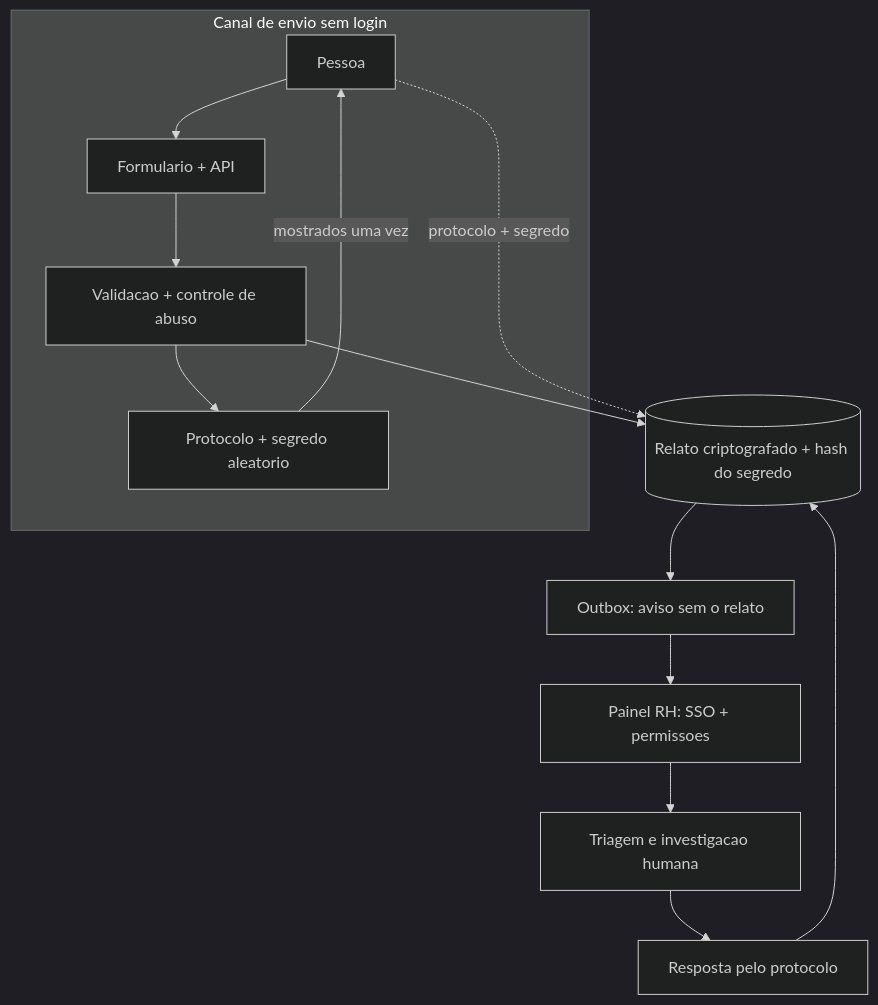
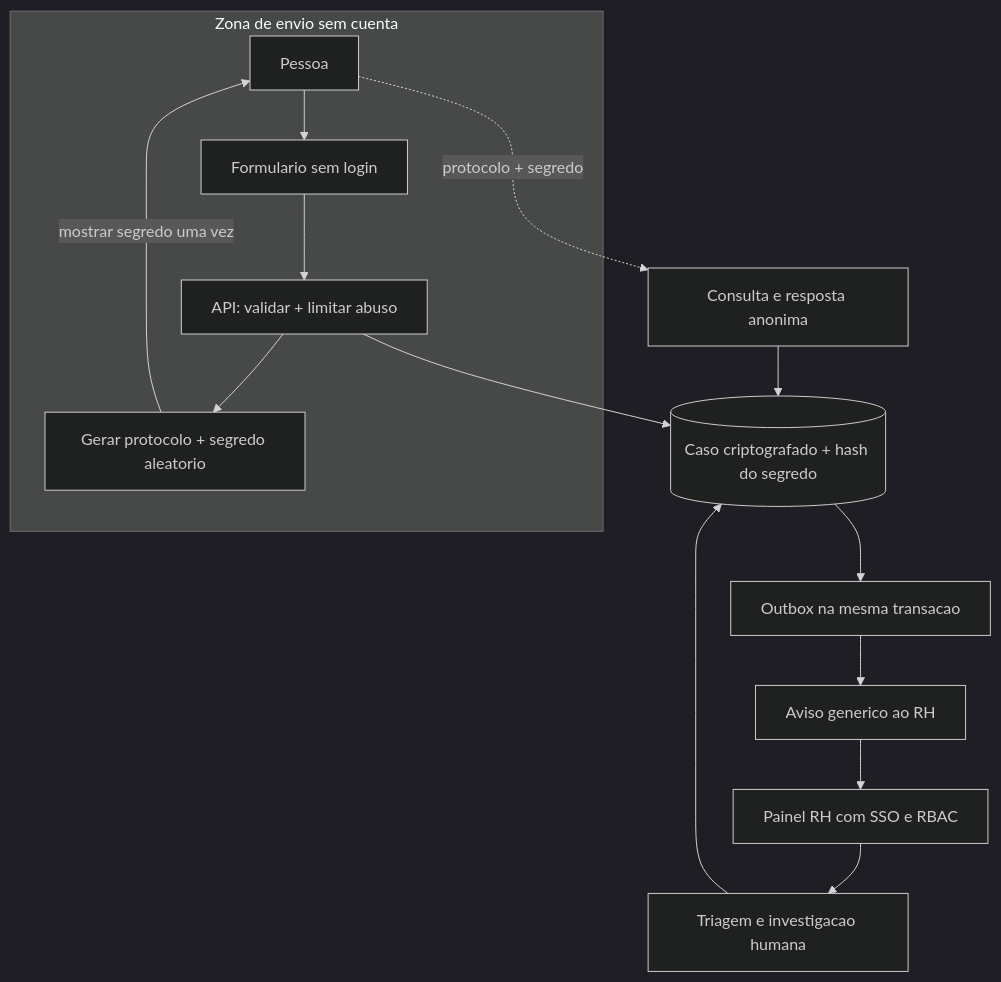
The third of 3 diagrams in README.md (GabrielAraujoGit/Questions), drawn with Mermaid (dark theme) before and after one commit. The commit also changed other lines of this file, not shown here.

Commit message:
Expandir respostas com raciocinio tecnico

````diff
--- a/README.md
+++ b/README.md
@@ -129,16 +143,17 @@
 ```mermaid
 flowchart TD
-    subgraph ANON[Canal de envio sem login]
-        A[Pessoa] --> B[Formulario + API]
-        B --> C[Validacao + controle de abuso]
-        C --> D[Protocolo + segredo aleatorio]
+    subgraph ANON[Zona de envio sem cuenta]
+        A[Pessoa] --> B[Formulario sem login]
+        B --> C[API: validar + limitar abuso]
+        C --> D[Gerar protocolo + segredo aleatorio]
     end
-    D -->|mostrados uma vez| A
-    C --> E[(Relato criptografado + hash do segredo)]
-    E --> F[Outbox: aviso sem o relato]
-    F --> G[Painel RH: SSO + permissoes]
-    G --> H[Triagem e investigacao humana]
-    H --> I[Resposta pelo protocolo]
+    D -->|mostrar segredo uma vez| A
+    C --> E[(Caso criptografado + hash do segredo)]
+    E --> F[Outbox na mesma transacao]
+    F --> G[Aviso generico ao RH]
+    G --> H[Painel RH com SSO e RBAC]
+    H --> I[Triagem e investigacao humana]
     I --> E
-    A -.->|protocolo + segredo| E
+    A -.->|protocolo + segredo| J[Consulta e resposta anonima]
+    J --> E
 ```
````
